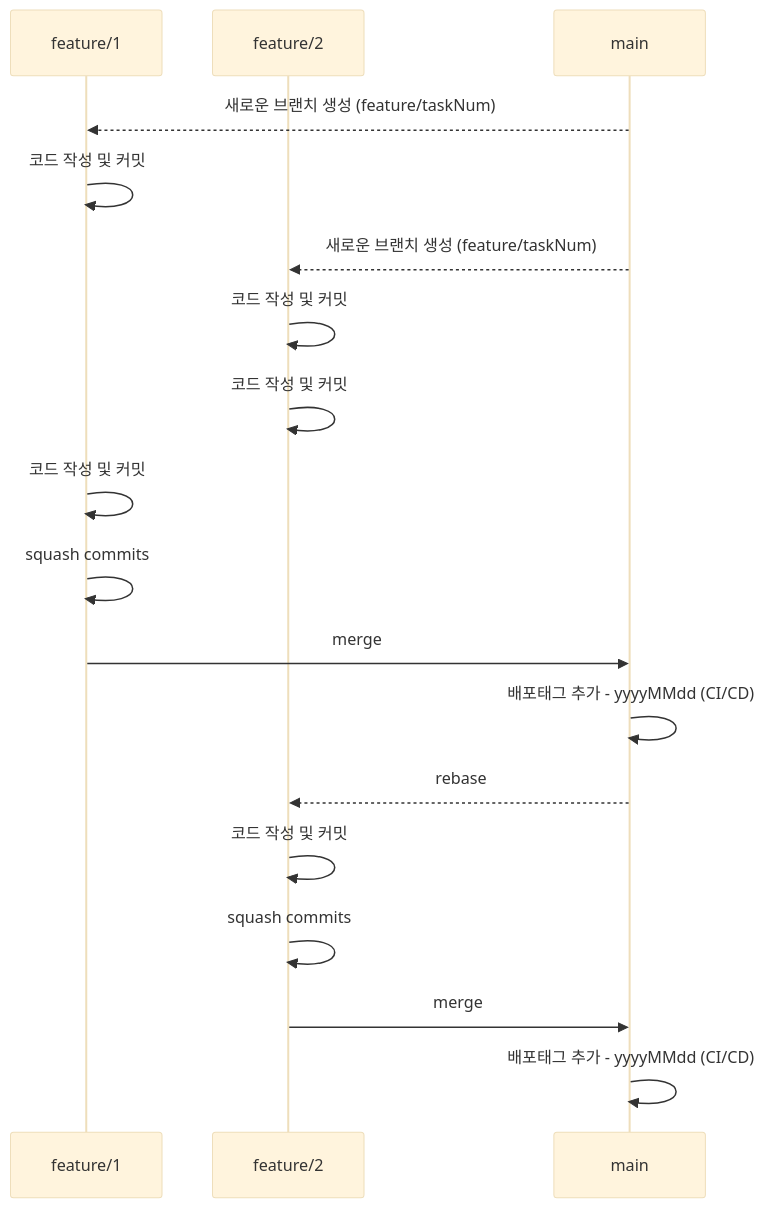
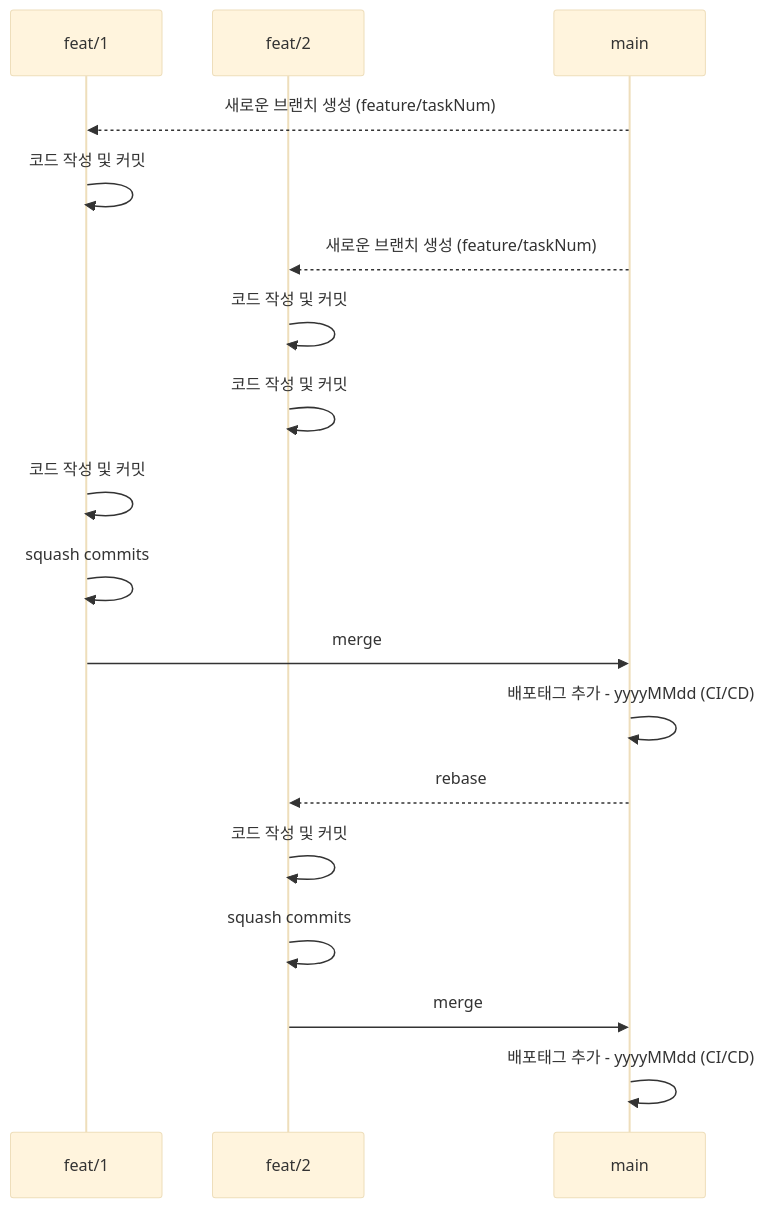
Before and after one commit to eul-lab/.github: the diagram in docs/협업전략.md, drawn with Mermaid (base theme).

````diff
--- a/docs/협업전략.md
+++ b/docs/협업전략.md
@@ -13,21 +13,21 @@
 ```mermaid
 sequenceDiagram
-    participant feature/1
-    participant feature/2
+    participant feat/1
+    participant feat/2
     participant main
 
-    main-->>feature/1: 새로운 브랜치 생성 (feature/taskNum)
-    feature/1->>feature/1: 코드 작성 및 커밋
-    main-->>feature/2: 새로운 브랜치 생성 (feature/taskNum)
-    feature/2->>feature/2: 코드 작성 및 커밋
-    feature/2->>feature/2: 코드 작성 및 커밋
-    feature/1->>feature/1: 코드 작성 및 커밋
-    feature/1->>feature/1: squash commits
-    feature/1->>main: merge
+    main-->>feat/1: 새로운 브랜치 생성 (feature/taskNum)
+    feat/1->>feat/1: 코드 작성 및 커밋
+    main-->>feat/2: 새로운 브랜치 생성 (feature/taskNum)
+    feat/2->>feat/2: 코드 작성 및 커밋
+    feat/2->>feat/2: 코드 작성 및 커밋
+    feat/1->>feat/1: 코드 작성 및 커밋
+    feat/1->>feat/1: squash commits
+    feat/1->>main: merge
     main->>main: 배포태그 추가 - yyyyMMdd (CI/CD)
-    main-->>feature/2: rebase
-    feature/2->>feature/2: 코드 작성 및 커밋
-    feature/2->>feature/2: squash commits
-    feature/2->>main: merge
+    main-->>feat/2: rebase
+    feat/2->>feat/2: 코드 작성 및 커밋
+    feat/2->>feat/2: squash commits
+    feat/2->>main: merge
     main->>main: 배포태그 추가 - yyyyMMdd (CI/CD)
 ```
````
